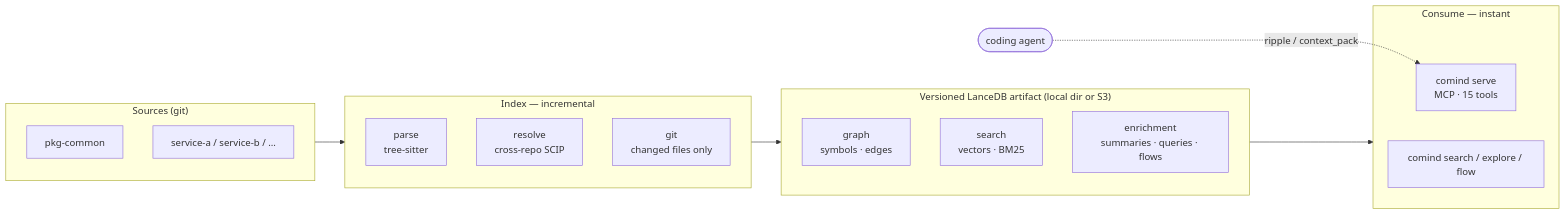
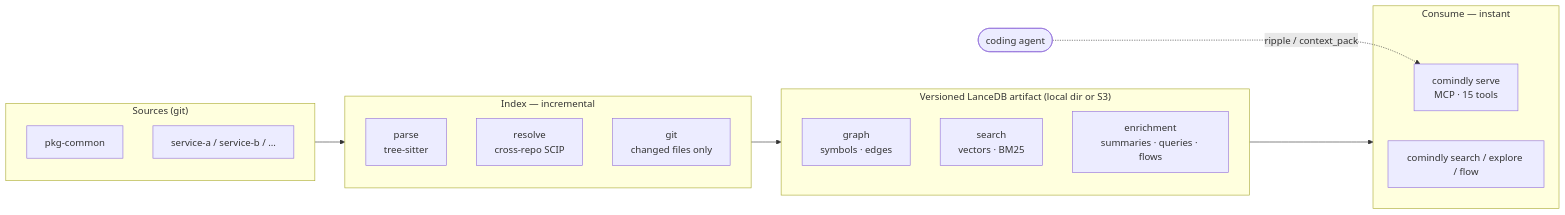
One commit to sayef/comind changed the diagram in README.md. Above: the diagram before and after it, drawn with Mermaid. The commit also changed other lines of this file and 134 other files, not shown here.

Commit message:
Rename comind to comindly everywhere: crate, binary, config and data folders, environment variables, ids, docs, assets and screenshots

````diff
--- a/README.md
+++ b/README.md
@@ -200,23 +200,23 @@
 ```mermaid
 flowchart LR
     subgraph SRC["Sources (git)"]
         R1["pkg-common"]
         R2["service-a / service-b / …"]
     end
     subgraph IDX["Index — incremental"]
         P["parse<br/>tree-sitter"]
         RS["resolve<br/>cross-repo SCIP"]
         G["git<br/>changed files only"]
     end
     subgraph ART["Versioned LanceDB artifact (local dir or S3)"]
         GR["graph<br/>symbols · edges"]
         SE["search<br/>vectors · BM25"]
         EN["enrichment<br/>summaries · queries · flows"]
     end
     subgraph USE["Consume — instant"]
-        MCP["comind serve<br/>MCP · 15 tools"]
-        CLI["comind search / explore / flow"]
+        MCP["comindly serve<br/>MCP · 15 tools"]
+        CLI["comindly search / explore / flow"]
     end
     SRC --> IDX --> ART --> USE
     AGENT(["coding agent"]) -. ripple / context_pack .-> MCP
 ```
````
